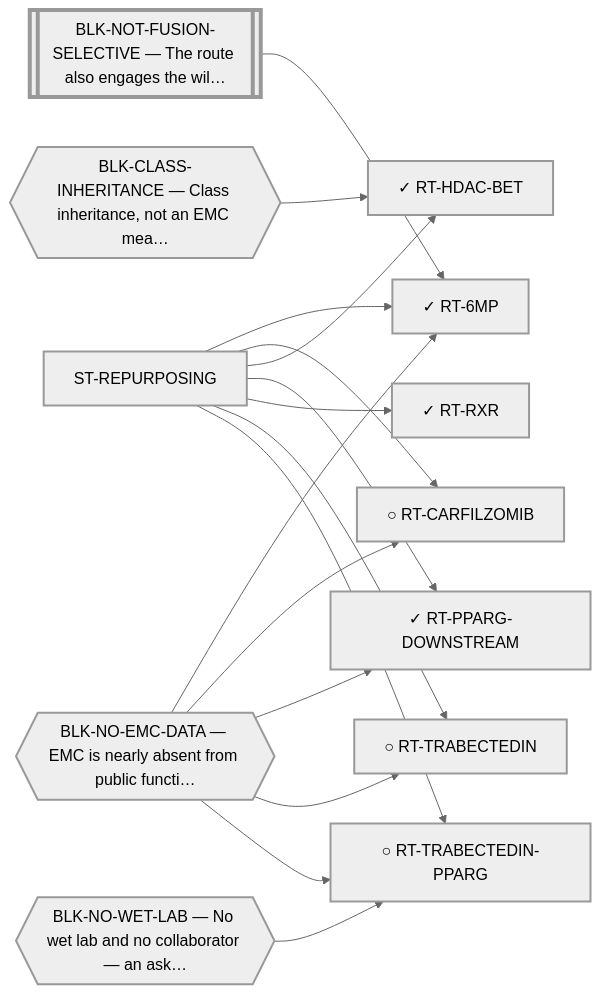
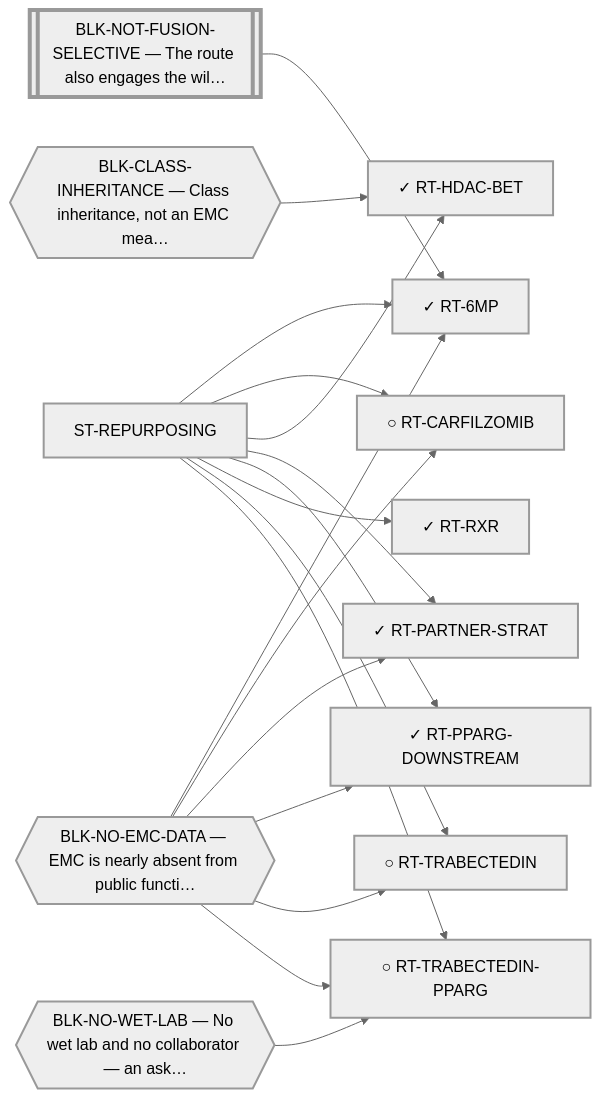
The diagram in systems/views/L1-st-repurposing.md (trimcrae/Rare-cancers), drawn with Mermaid (neutral theme) before and after one commit. The commit also changed other lines of this file and 12 other files, not shown here.

````diff
--- a/systems/views/L1-st-repurposing.md
+++ b/systems/views/L1-st-repurposing.md
@@ -35,35 +35,38 @@
 ```mermaid
 flowchart LR
   ST_REPURPOSING["ST-REPURPOSING"]:::fam
   RT_6MP["✓ RT-6MP"]:::fam
   ST_REPURPOSING --> RT_6MP
   RT_CARFILZOMIB["○ RT-CARFILZOMIB"]:::fam
   ST_REPURPOSING --> RT_CARFILZOMIB
   RT_HDAC_BET["✓ RT-HDAC-BET"]:::fam
   ST_REPURPOSING --> RT_HDAC_BET
+  RT_PARTNER_STRAT["✓ RT-PARTNER-STRAT"]:::fam
+  ST_REPURPOSING --> RT_PARTNER_STRAT
   RT_PPARG_DOWNSTREAM["✓ RT-PPARG-DOWNSTREAM"]:::fam
   ST_REPURPOSING --> RT_PPARG_DOWNSTREAM
   RT_RXR["✓ RT-RXR"]:::fam
   ST_REPURPOSING --> RT_RXR
   RT_TRABECTEDIN["○ RT-TRABECTEDIN"]:::fam
   ST_REPURPOSING --> RT_TRABECTEDIN
   RT_TRABECTEDIN_PPARG["○ RT-TRABECTEDIN-PPARG"]:::fam
   ST_REPURPOSING --> RT_TRABECTEDIN_PPARG
 
   BLK_CLASS_INHERITANCE{{"BLK-CLASS-INHERITANCE — Class inheritance, not an EMC mea…"}}:::blk
   BLK_CLASS_INHERITANCE --> RT_HDAC_BET
   BLK_NO_EMC_DATA{{"BLK-NO-EMC-DATA — EMC is nearly absent from public functi…"}}:::blk
   BLK_NO_EMC_DATA --> RT_6MP
   BLK_NO_EMC_DATA --> RT_CARFILZOMIB
+  BLK_NO_EMC_DATA --> RT_PARTNER_STRAT
   BLK_NO_EMC_DATA --> RT_PPARG_DOWNSTREAM
   BLK_NO_EMC_DATA --> RT_TRABECTEDIN
   BLK_NO_EMC_DATA --> RT_TRABECTEDIN_PPARG
   BLK_NO_WET_LAB{{"BLK-NO-WET-LAB — No wet lab and no collaborator — an ask…"}}:::blk
   BLK_NO_WET_LAB --> RT_TRABECTEDIN_PPARG
   BLK_NOT_FUSION_SELECTIVE[["BLK-NOT-FUSION-SELECTIVE — The route also engages the wil…"]]:::perm
   BLK_NOT_FUSION_SELECTIVE --> RT_6MP
   classDef fam stroke-width:2px;
   classDef blk stroke-width:2px;
   classDef perm stroke-width:4px;
   classDef tech stroke-width:1px,stroke-dasharray:4 3;
 ```
````
